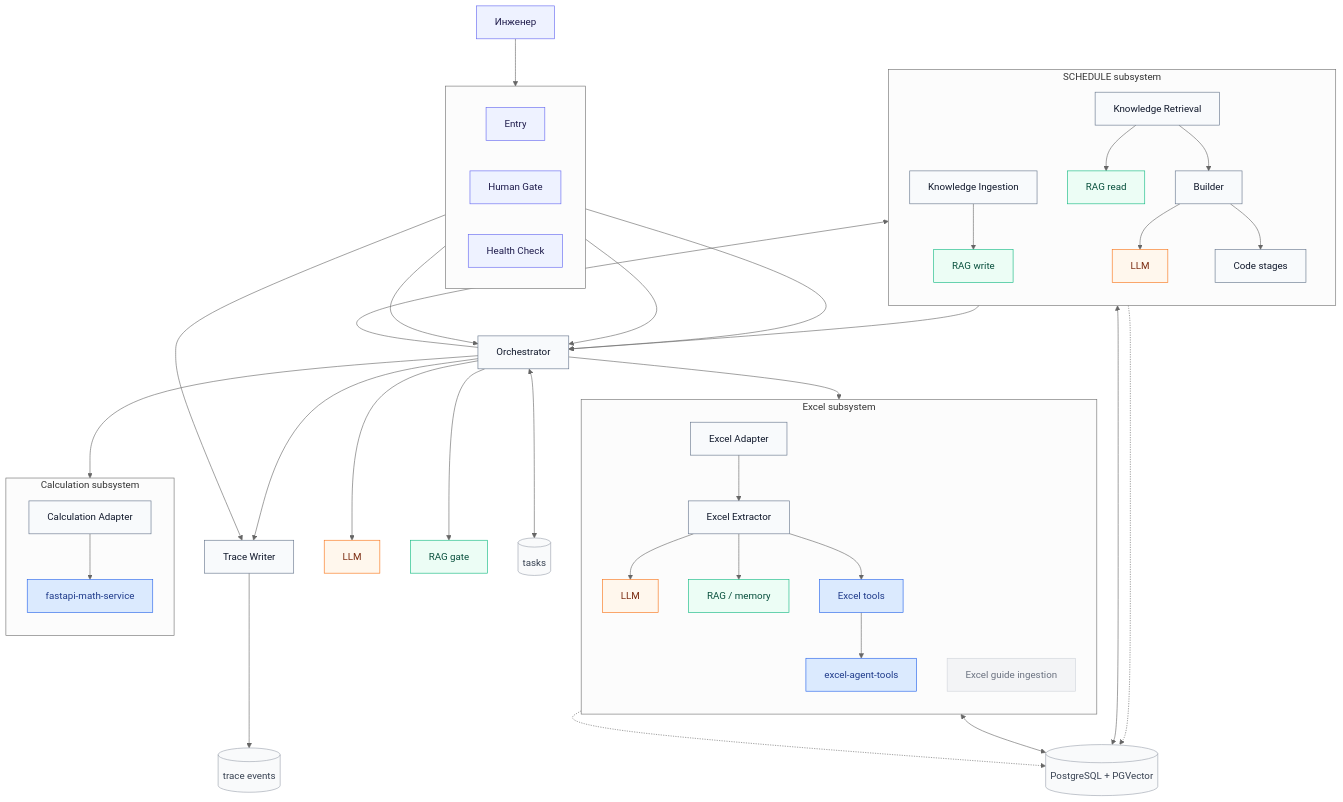
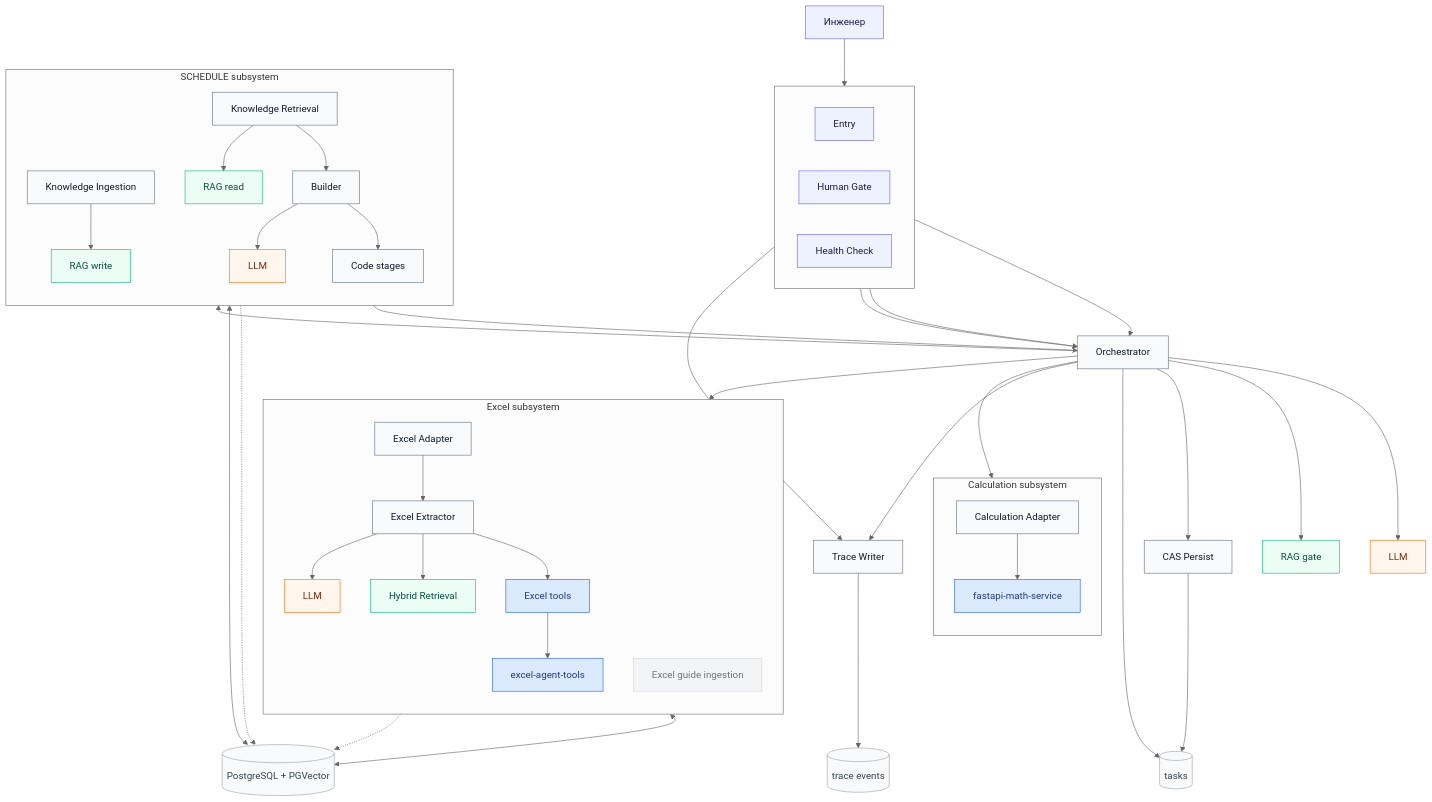
The diagram in docs.md (lun1tunes/omegalul), drawn with Mermaid (neutral theme) before and after one commit. The commit also changed other lines of this file and 38 other files, not shown here.

```diff
--- a/docs.md
+++ b/docs.md
@@ -41,6 +41,7 @@
   Orch[Orchestrator]:::box
   OrchLLM[LLM]:::llm
   OrchRAG[RAG gate]:::rag
+  CasPersist[CAS Persist]:::box
   TaskDT[(tasks)]:::data
 
   Trace[Trace Writer]:::box
@@ -51,7 +52,7 @@
     ExcelAdapt[Excel Adapter]:::box
     ExcelAgent[Excel Extractor]:::box
     ExcelLLM[LLM]:::llm
-    ExcelRAG[RAG / memory]:::rag
+    ExcelRAG[Hybrid Retrieval]:::rag
     ExcelTools[Excel tools]:::svc
     ExcelSvc[excel-agent-tools]:::svc
     ExcelGuide[Excel guide ingestion]:::opt
@@ -93,7 +94,9 @@
   Health --> Trace
   Orch --> OrchLLM
   Orch --> OrchRAG
-  Orch <--> TaskDT
+  Orch --> CasPersist
+  Orch --> TaskDT
+  CasPersist --> TaskDT
   Orch --> Trace --> TraceDT
   Orch --> ExcelAdapt
   Orch --> SRetr
```
